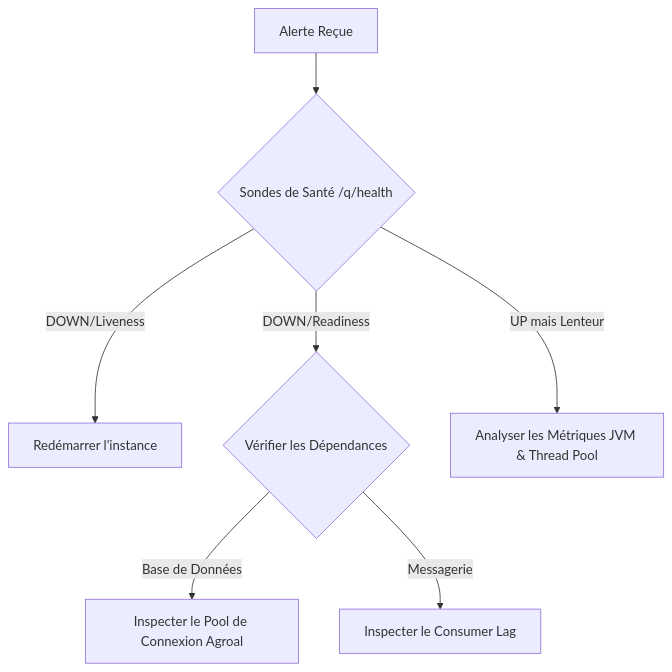
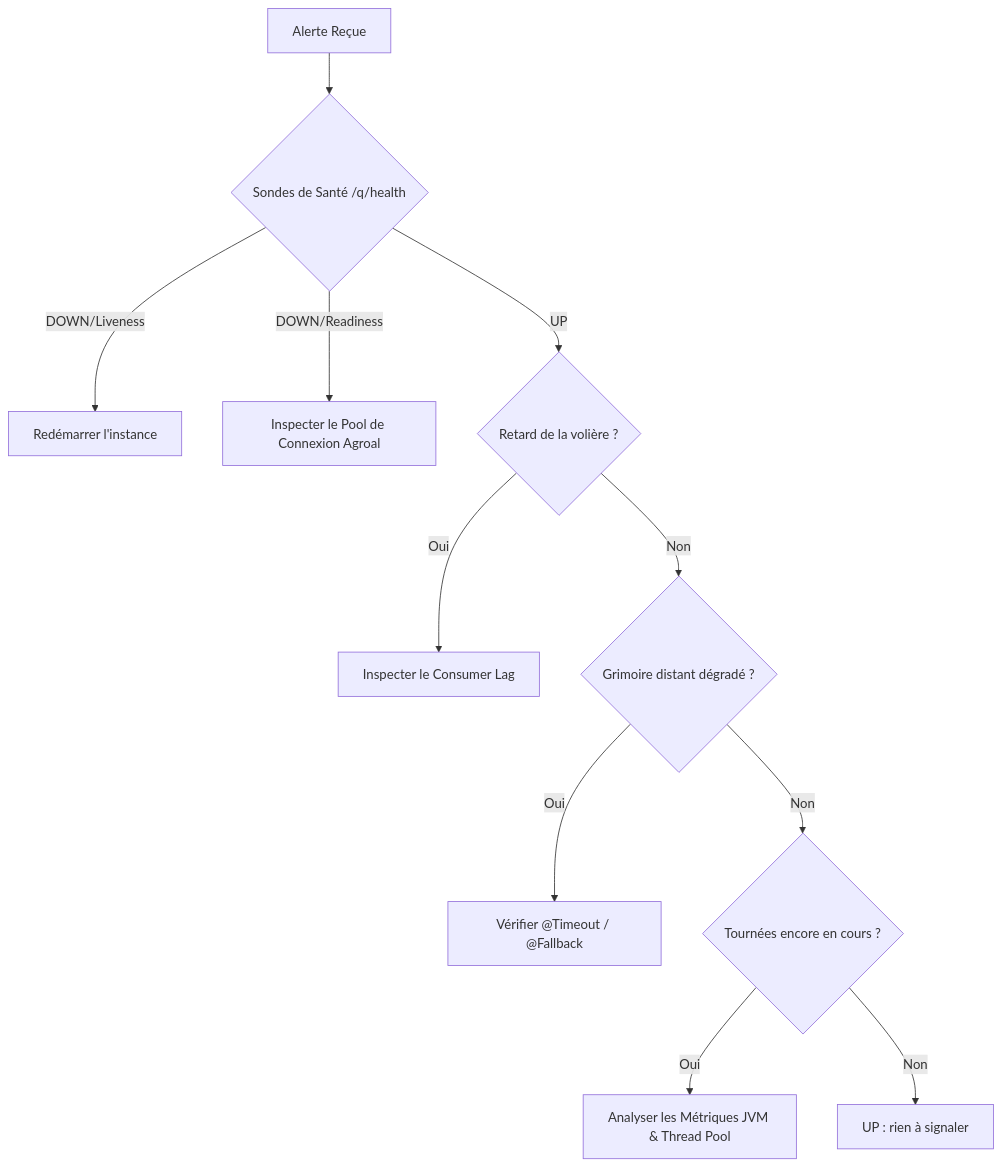
The diagram in operations/la-taverne-en-flammes/README.md (ErwanLT/quarkus-demo), drawn with Mermaid before and after one commit. The commit also changed other lines of this file, not shown here.

````diff
--- a/operations/la-taverne-en-flammes/README.md
+++ b/operations/la-taverne-en-flammes/README.md
@@ -293,9 +293,13 @@
 ```mermaid
 flowchart TD
     A[Alerte Reçue] --> B{Sondes de Santé /q/health}
     B -- DOWN/Liveness --> C[Redémarrer l'instance]
-    B -- DOWN/Readiness --> D{Vérifier les Dépendances}
-    D -- Base de Données --> E[Inspecter le Pool de Connexion Agroal]
-    D -- Messagerie --> F[Inspecter le Consumer Lag]
-    B -- UP mais Lenteur --> G[Analyser les Métriques JVM & Thread Pool]
+    B -- DOWN/Readiness --> D[Inspecter le Pool de Connexion Agroal]
+    B -- UP --> E{Retard de la volière ?}
+    E -- Oui --> F[Inspecter le Consumer Lag]
+    E -- Non --> G{Grimoire distant dégradé ?}
+    G -- Oui --> H[Vérifier @Timeout / @Fallback]
+    G -- Non --> I{Tournées encore en cours ?}
+    I -- Oui --> J[Analyser les Métriques JVM & Thread Pool]
+    I -- Non --> K[UP : rien à signaler]
 ```
````
